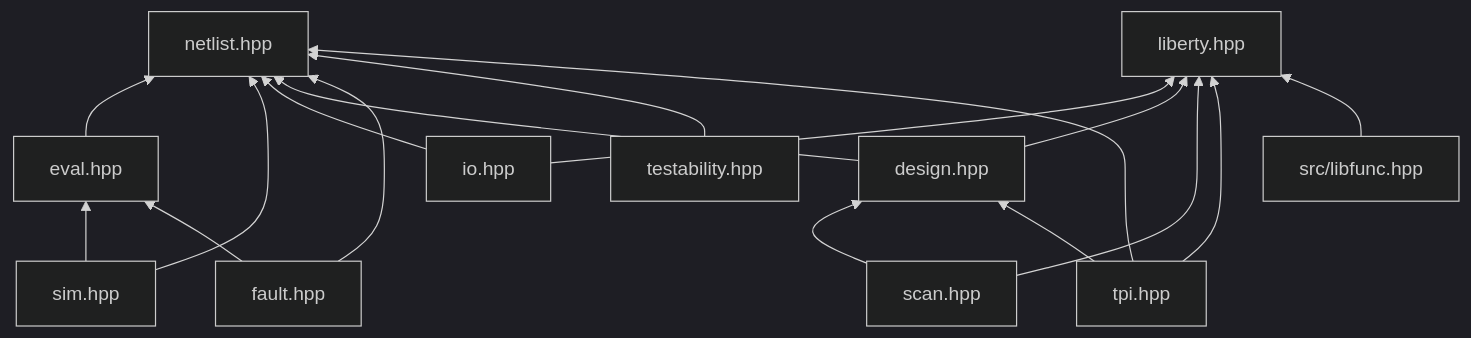
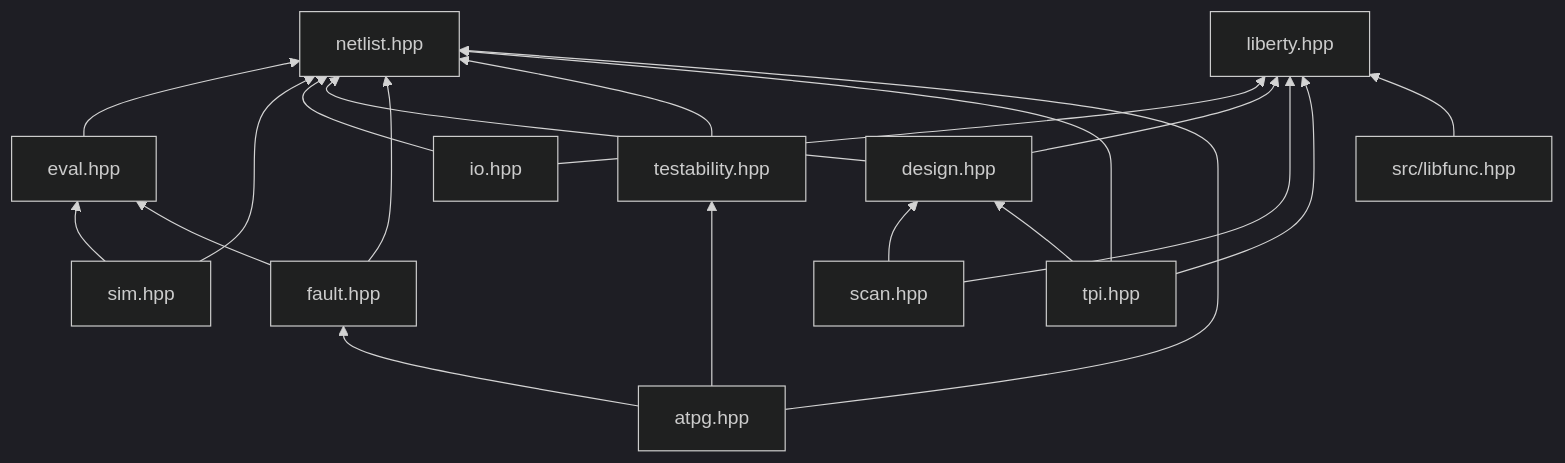
One commit to rithlean/rithereal changed the ninth of 10 diagrams in docs/architecture.md. Above: the diagram before and after it, drawn with Mermaid (dark theme). The commit also changed other lines of this file and 4 other files, not shown here.

First line of the commit message:
docs: ATPG module page, and ATPG in the architecture, CLI and test pages

````diff
--- a/docs/architecture.md
+++ b/docs/architecture.md
@@ -176,14 +190,15 @@
 ```mermaid
 flowchart BT
   netlist["netlist.hpp"]
   eval["eval.hpp"] --> netlist
   sim["sim.hpp"] --> eval & netlist
   liberty["liberty.hpp"]
   io["io.hpp"] --> liberty & netlist
   design["design.hpp"] --> liberty & netlist
   fault["fault.hpp"] --> eval & netlist
   testability["testability.hpp"] --> netlist
   scan["scan.hpp"] --> design & liberty
   tpi["tpi.hpp"] --> design & liberty & netlist
+  atpg["atpg.hpp"] --> fault & testability & netlist
   libfunc["src/libfunc.hpp"] --> liberty
 ```
````
